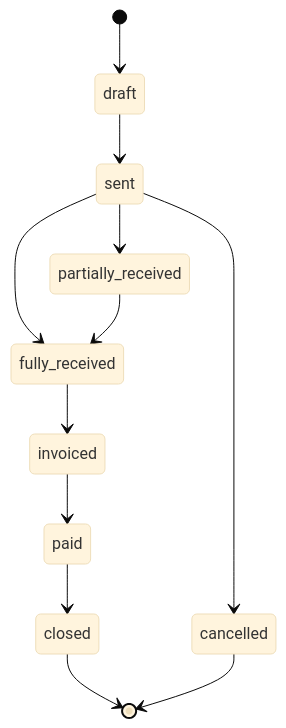
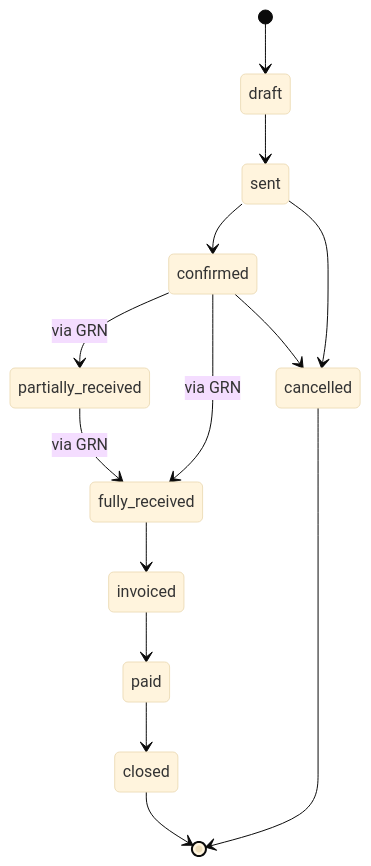
One commit to AKRA-WEB/ProjectERP changed the second of 11 diagrams in _notes/00_Project_Map/state-machines.md. Above: the diagram before and after it, drawn with Mermaid (base theme). The commit also changed other lines of this file and 1 other file, not shown here.

````diff
--- a/_notes/00_Project_Map/state-machines.md
+++ b/_notes/00_Project_Map/state-machines.md
@@ -22,14 +24,16 @@
 ```mermaid
 stateDiagram-v2
     [*] --> draft
     draft --> sent
-    sent --> partially_received
-    sent --> fully_received
-    partially_received --> fully_received
+    sent --> confirmed
+    sent --> cancelled
+    confirmed --> partially_received : via GRN
+    confirmed --> fully_received : via GRN
+    partially_received --> fully_received : via GRN
     fully_received --> invoiced
     invoiced --> paid
     paid --> closed
-    sent --> cancelled
+    confirmed --> cancelled
     closed --> [*]
     cancelled --> [*]
 ```
````
